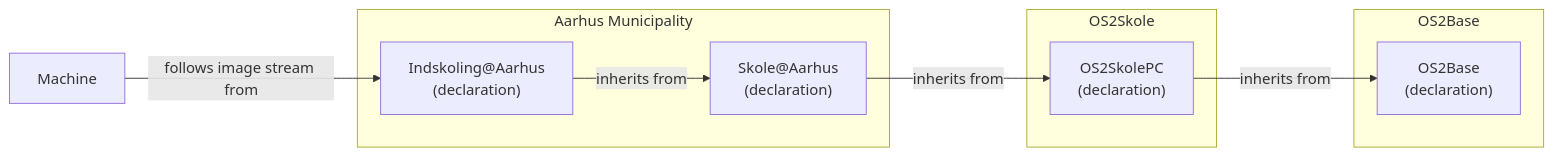
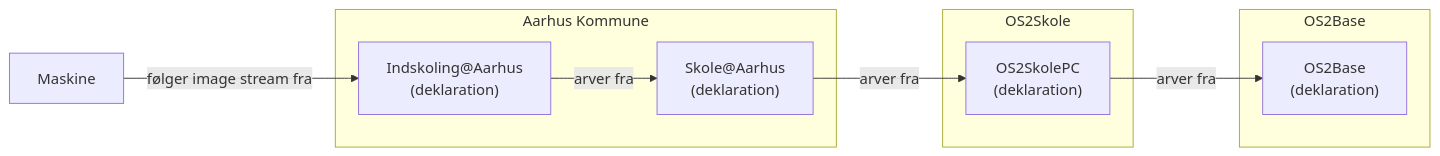
One commit to 0xf1e/os2fri-dokumentation changed the third of 9 diagrams in presentation/slides.md. Above: the diagram before and after it, drawn with Mermaid. The commit also changed other lines of this file, not shown here.

```diff
--- a/presentation/slides.md
+++ b/presentation/slides.md
@@ -99,18 +99,18 @@
 <div class="mermaid">
 flowchart LR
-    Machine["Machine"]
+    Machine["Maskine"]
     subgraph ownerOS2Base ["OS2Base"]
-        OS2BaseDecl["OS2Base\n(declaration)"]
+        OS2BaseDecl["OS2Base\n(deklaration)"]
     end
     subgraph ownerOS2Skole ["OS2Skole"]
-        OS2SkolePcDecl["OS2SkolePC\n(declaration)"]
+        OS2SkolePcDecl["OS2SkolePC\n(deklaration)"]
     end
-    subgraph ownerAarhus ["Aarhus Municipality"]
-        SkoleAtAarhusDecl["Skole@Aarhus\n(declaration)"]
-        IndskolingAtAarhusDecl["Indskoling@Aarhus\n(declaration)"]
+    subgraph ownerAarhus ["Aarhus Kommune"]
+        SkoleAtAarhusDecl["Skole@Aarhus\n(deklaration)"]
+        IndskolingAtAarhusDecl["Indskoling@Aarhus\n(deklaration)"]
     end
-    Machine -->|follows image stream from| IndskolingAtAarhusDecl
-    IndskolingAtAarhusDecl -->|inherits from| SkoleAtAarhusDecl
-    SkoleAtAarhusDecl -->|inherits from| OS2SkolePcDecl
-    OS2SkolePcDecl -->|inherits from| OS2BaseDecl
+    Machine -->|følger image stream fra| IndskolingAtAarhusDecl
+    IndskolingAtAarhusDecl -->|arver fra| SkoleAtAarhusDecl
+    SkoleAtAarhusDecl -->|arver fra| OS2SkolePcDecl
+    OS2SkolePcDecl -->|arver fra| OS2BaseDecl
 </div>
```
